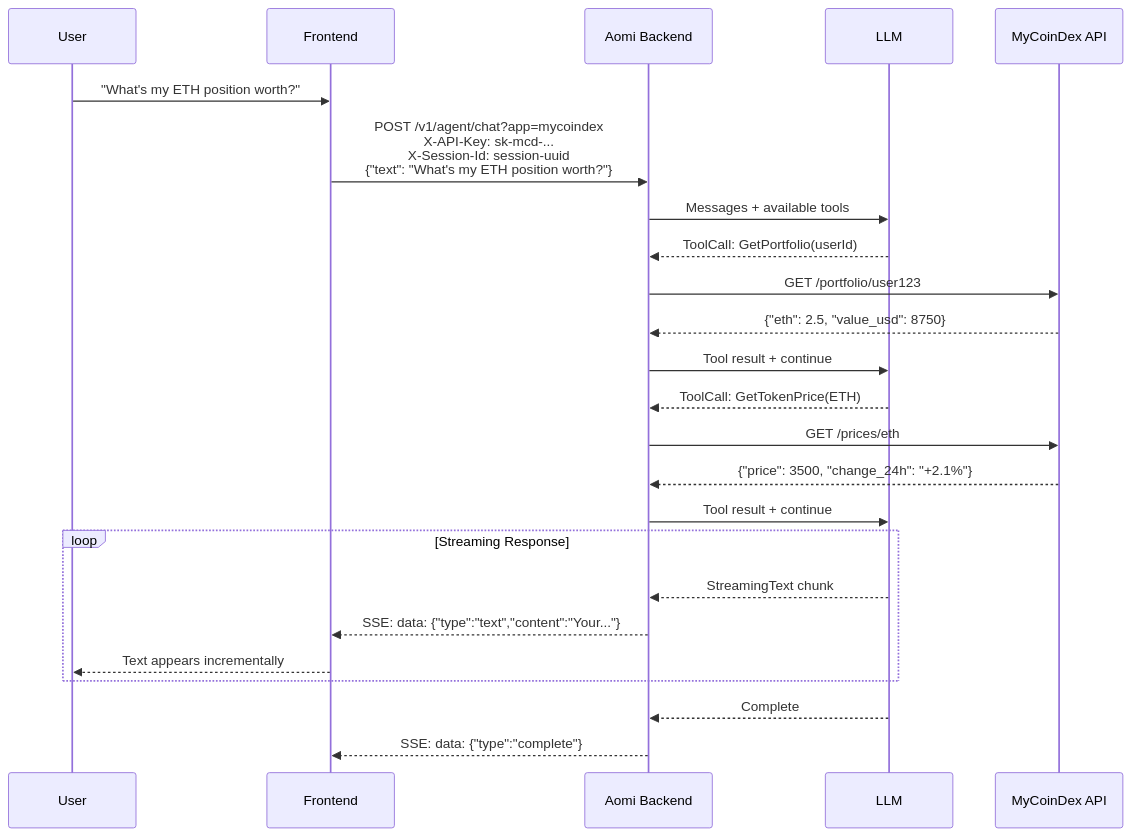
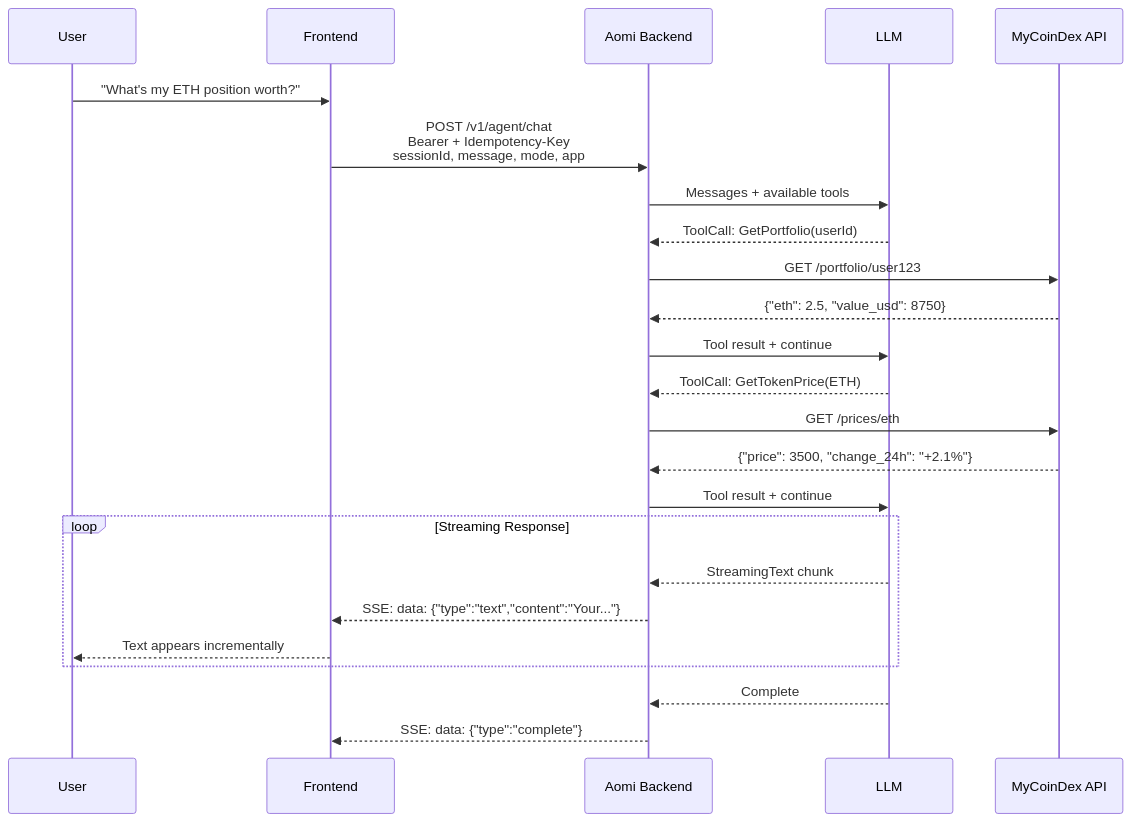
Before and after one commit to aomi-labs/aomi: the second of 2 diagrams in apps/landing/content/guides/build/how-it-works.mdx, drawn with Mermaid. The commit also changed other lines of this file and 25 other files, not shown here.

````diff
--- a/apps/landing/content/guides/build/how-it-works.mdx
+++ b/apps/landing/content/guides/build/how-it-works.mdx
@@ -135,34 +130,34 @@
 ```mermaid
 sequenceDiagram
     participant User
     participant Frontend
     participant Aomi as Aomi Backend
     participant LLM
     participant Tool as MyCoinDex API
 
     User->>Frontend: "What's my ETH position worth?"
-    Frontend->>Aomi: POST /v1/agent/chat?app=mycoindex<br/>X-API-Key: sk-mcd-...<br/>X-Session-Id: session-uuid<br/>{"text": "What's my ETH position worth?"}
+    Frontend->>Aomi: POST /v1/agent/chat<br/>Bearer + Idempotency-Key<br/>sessionId, message, mode, app
 
     Aomi->>LLM: Messages + available tools
     LLM-->>Aomi: ToolCall: GetPortfolio(userId)
 
     Aomi->>Tool: GET /portfolio/user123
     Tool-->>Aomi: {"eth": 2.5, "value_usd": 8750}
 
     Aomi->>LLM: Tool result + continue
     LLM-->>Aomi: ToolCall: GetTokenPrice(ETH)
 
     Aomi->>Tool: GET /prices/eth
     Tool-->>Aomi: {"price": 3500, "change_24h": "+2.1%"}
 
     Aomi->>LLM: Tool result + continue
 
     loop Streaming Response
         LLM-->>Aomi: StreamingText chunk
         Aomi-->>Frontend: SSE: data: {"type":"text","content":"Your..."}
         Frontend-->>User: Text appears incrementally
     end
 
     LLM-->>Aomi: Complete
     Aomi-->>Frontend: SSE: data: {"type":"complete"}
 ```
````
